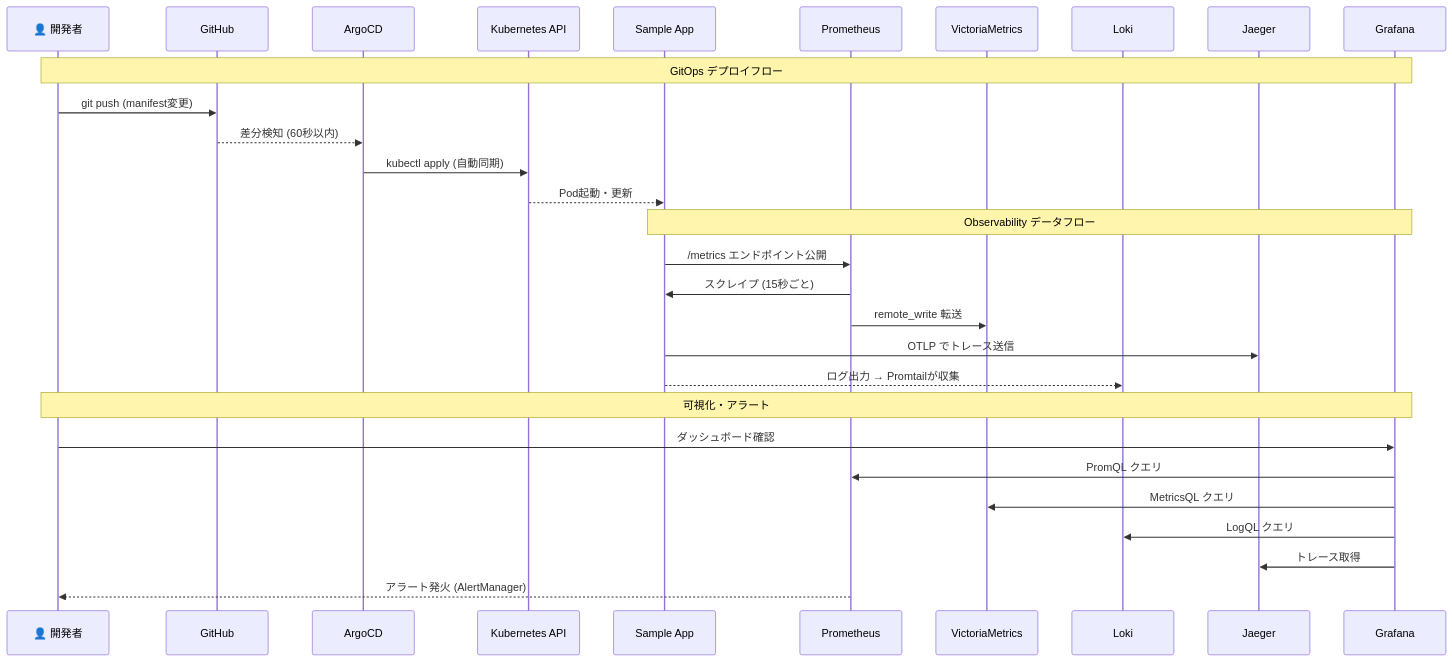
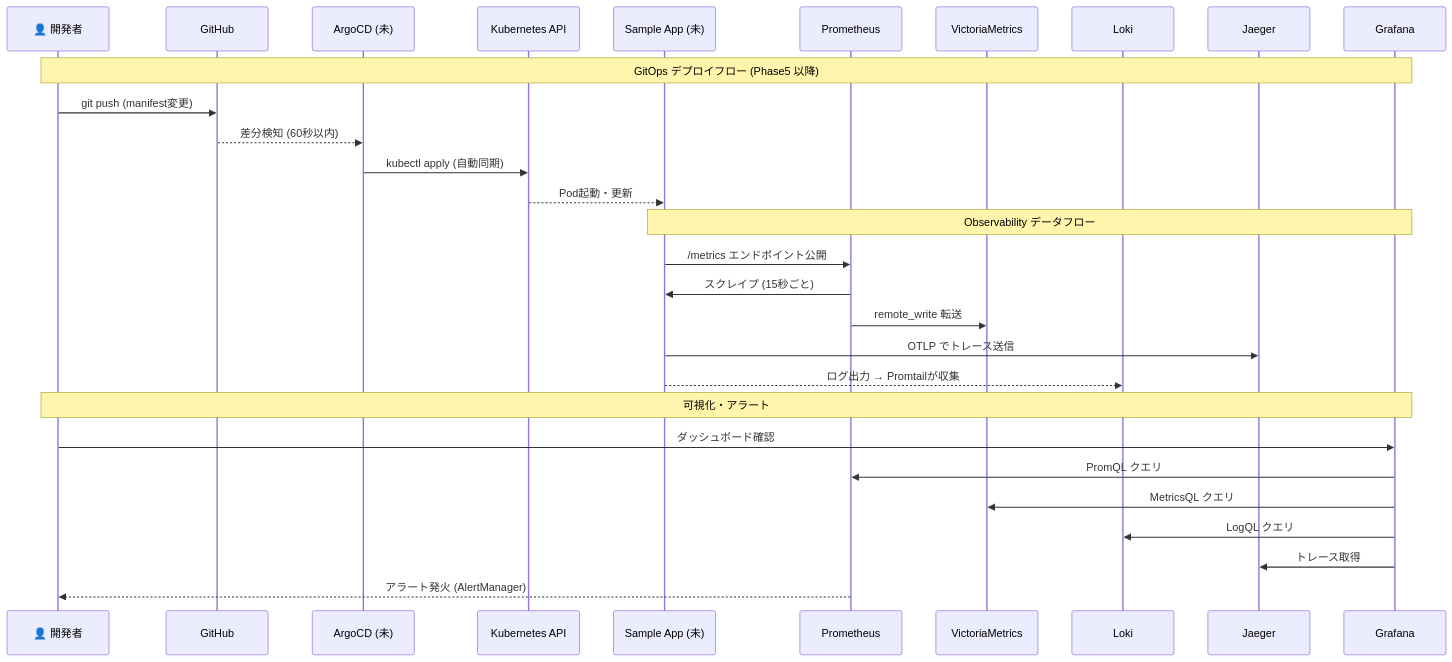
Before and after one commit to T-REX1970/k8s-training: the third of 4 diagrams in docs/architecture.md, drawn with Mermaid. The commit also changed other lines of this file and 8 other files, not shown here.

````diff
--- a/docs/architecture.md
+++ b/docs/architecture.md
@@ -115,34 +163,34 @@
 ```mermaid
 sequenceDiagram
     participant Dev as 👤 開発者
-    participant GH as GitHub
-    participant Argo as ArgoCD
+    participant GH  as GitHub
+    participant Argo as ArgoCD (未)
     participant K8s as Kubernetes API
-    participant App as Sample App
+    participant App as Sample App (未)
     participant Prom as Prometheus
-    participant VM as VictoriaMetrics
+    participant VM  as VictoriaMetrics
     participant Loki as Loki
     participant Jaeger as Jaeger
     participant Graf as Grafana
 
-    Note over Dev,Graf: GitOps デプロイフロー
+    Note over Dev,Graf: GitOps デプロイフロー (Phase5 以降)
     Dev->>GH: git push (manifest変更)
     GH-->>Argo: 差分検知 (60秒以内)
     Argo->>K8s: kubectl apply (自動同期)
     K8s-->>App: Pod起動・更新
 
     Note over App,Graf: Observability データフロー
     App->>Prom: /metrics エンドポイント公開
     Prom->>App: スクレイプ (15秒ごと)
     Prom->>VM: remote_write 転送
     App->>Jaeger: OTLP でトレース送信
     App-->>Loki: ログ出力 → Promtailが収集
 
     Note over Dev,Graf: 可視化・アラート
     Dev->>Graf: ダッシュボード確認
     Graf->>Prom: PromQL クエリ
     Graf->>VM: MetricsQL クエリ
     Graf->>Loki: LogQL クエリ
     Graf->>Jaeger: トレース取得
     Prom-->>Dev: アラート発火 (AlertManager)
 ```
````
